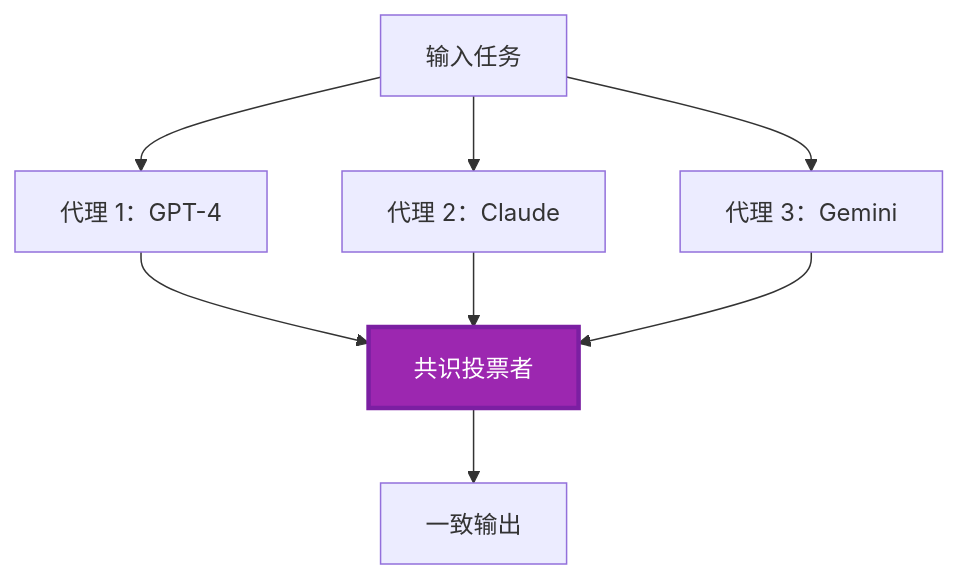
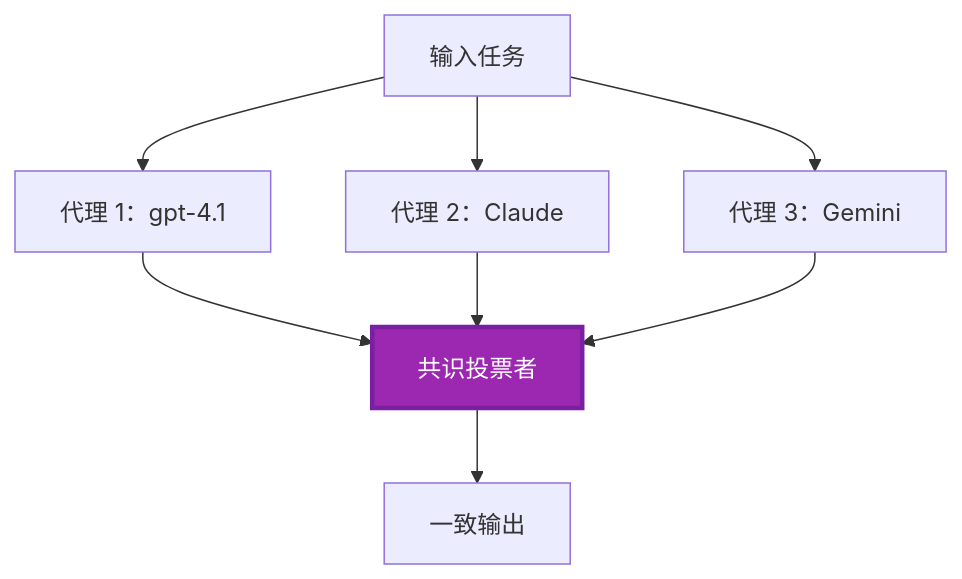
Before and after one commit to microsoft/AZD-for-beginners: the fifth of 6 diagrams in translations/zh-CN/docs/chapter-06-pre-deployment/coordination-patterns.md, drawn with Mermaid. The commit also changed other lines of this file and 101 other files, not shown here.

````diff
--- a/translations/zh-CN/docs/chapter-06-pre-deployment/coordination-patterns.md
+++ b/translations/zh-CN/docs/chapter-06-pre-deployment/coordination-patterns.md
@@ -231,19 +226,19 @@
 ```mermaid
 graph TB
     Input[输入任务]
-    Agent1[代理 1：GPT-4]
+    Agent1[代理 1：gpt-4.1]
     Agent2[代理 2：Claude]
     Agent3[代理 3：Gemini]
     Voter[共识投票者]
     Output[一致输出]
     
     Input --> Agent1
     Input --> Agent2
     Input --> Agent3
     Agent1 --> Voter
     Agent2 --> Voter
     Agent3 --> Voter
     Voter --> Output
     
     style Voter fill:#9C27B0,stroke:#7B1FA2,stroke-width:3px,color:#fff
 ```
````
